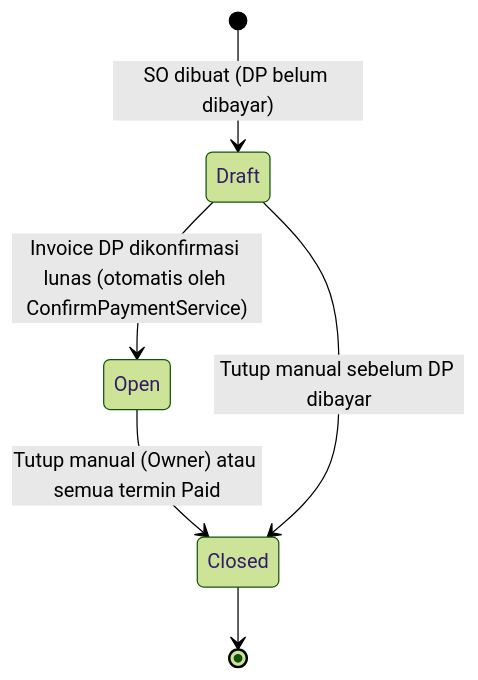
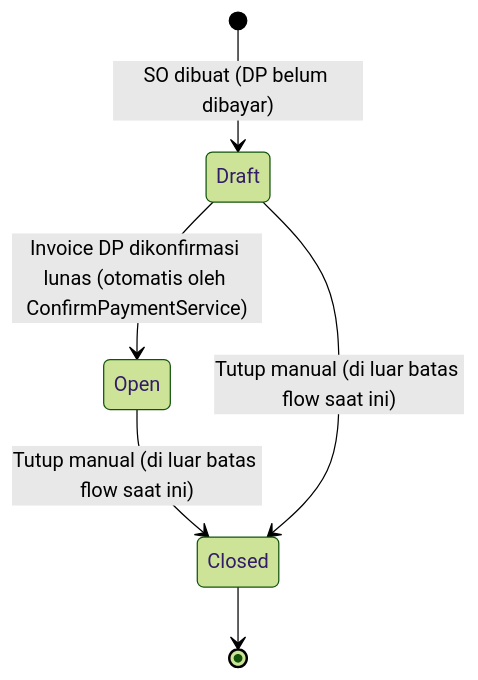
One commit to WahyuUtomo1414/Sanitra-Web changed the first of 2 diagrams in docs/bisnis-flow/sales-order-term.md. Above: the diagram before and after it, drawn with Mermaid (forest theme). The commit also changed other lines of this file and 14 other files, not shown here.

````diff
--- a/docs/bisnis-flow/sales-order-term.md
+++ b/docs/bisnis-flow/sales-order-term.md
@@ -24,8 +24,8 @@
 ```mermaid
 stateDiagram-v2
     [*] --> Draft: SO dibuat (DP belum dibayar)
     Draft --> Open: Invoice DP dikonfirmasi lunas (otomatis oleh ConfirmPaymentService)
-    Open --> Closed: Tutup manual (Owner) atau semua termin Paid
-    Draft --> Closed: Tutup manual sebelum DP dibayar
+    Open --> Closed: Tutup manual (di luar batas flow saat ini)
+    Draft --> Closed: Tutup manual (di luar batas flow saat ini)
     Closed --> [*]
 ```
````
